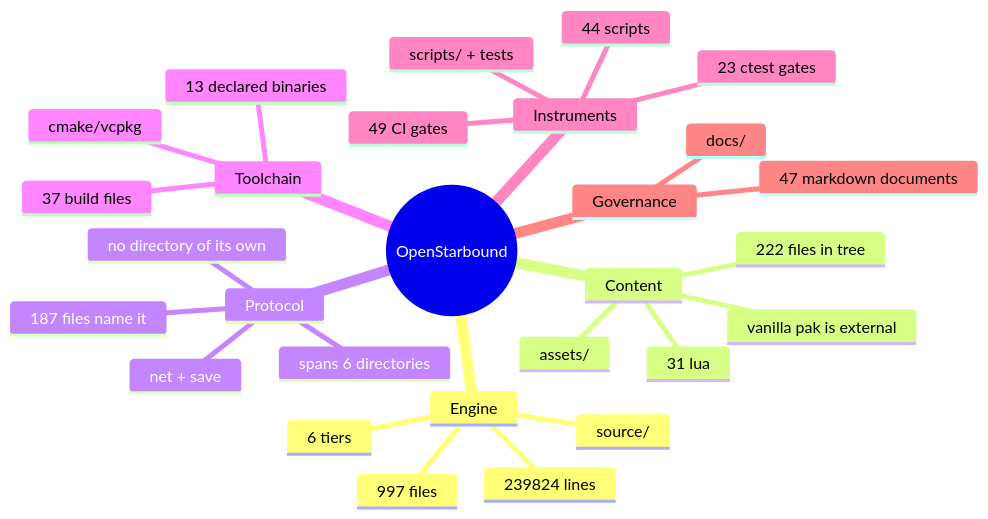
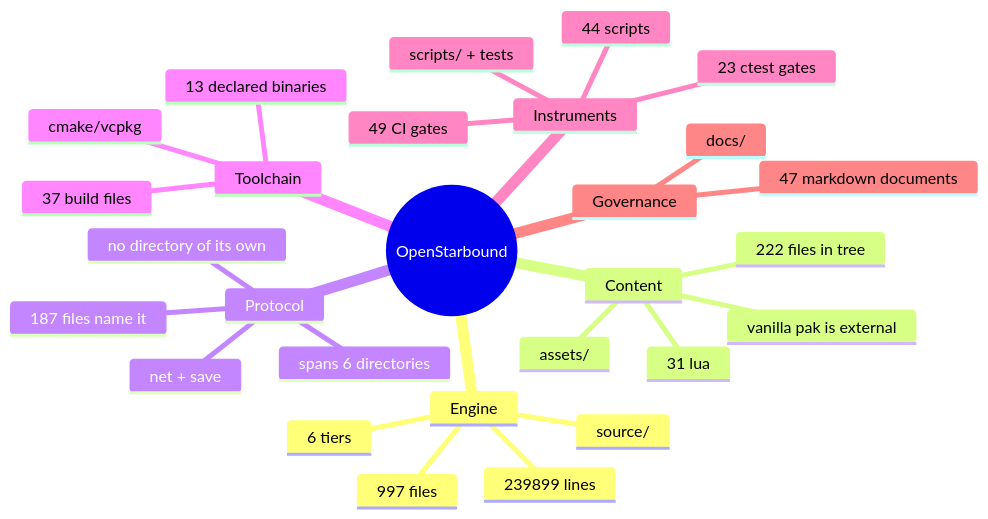
The second of 11 diagrams in docs/architecture/system-boundaries.md (apnex/OpenStarbound), drawn with Mermaid before and after one commit. The commit also changed other lines of this file and 11 other files, not shown here.

````diff
--- a/docs/architecture/system-boundaries.md
+++ b/docs/architecture/system-boundaries.md
@@ -166,31 +166,31 @@
 ```mermaid
 mindmap
   root((OpenStarbound))
     Engine
       source/
       997 files
-      239824 lines
+      239899 lines
       6 tiers
     Content
       assets/
       222 files in tree
       31 lua
       vanilla pak is external
     Protocol
       net + save
       187 files name it
       spans 6 directories
       no directory of its own
     Toolchain
       cmake/vcpkg
       37 build files
       13 declared binaries
     Instruments
       scripts/ + tests
       44 scripts
       23 ctest gates
       49 CI gates
     Governance
       docs/
       47 markdown documents
 ```
````
